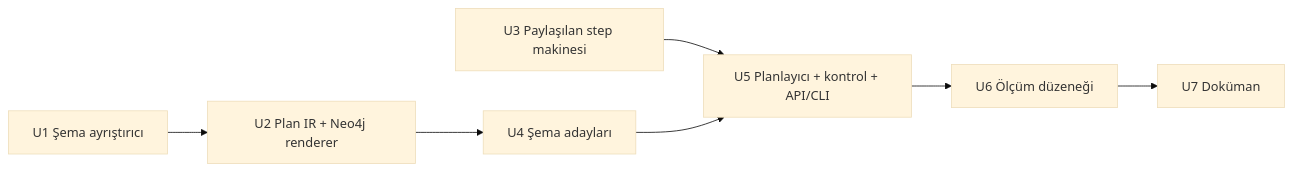
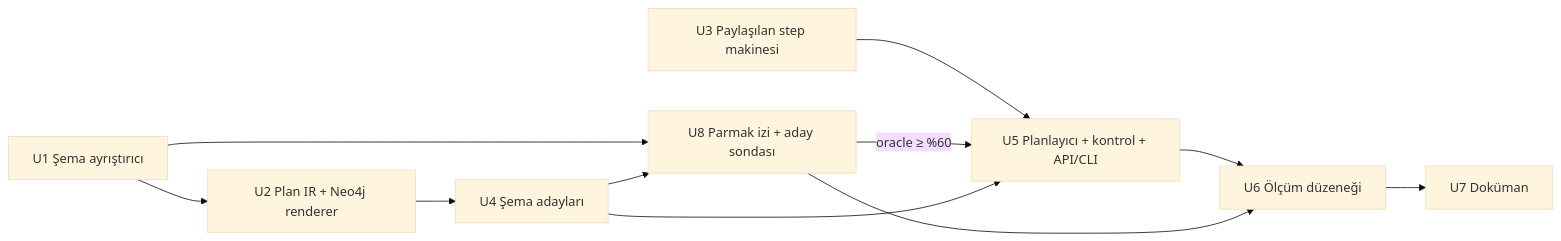
Before and after one commit to ismail-codar/laya-jev-GraphRAG: the second of 2 diagrams in docs/plans/2026-09-26-001-feat-schema-text2cypher-planner-plan.md, drawn with Mermaid (base theme). The commit also changed other lines of this file, not shown here.

````diff
--- a/docs/plans/2026-09-26-001-feat-schema-text2cypher-planner-plan.md
+++ b/docs/plans/2026-09-26-001-feat-schema-text2cypher-planner-plan.md
@@ -152,9 +156,13 @@
 ```mermaid
 flowchart LR
   U1[U1 Şema ayrıştırıcı] --> U2[U2 Plan IR + Neo4j renderer]
   U3[U3 Paylaşılan step makinesi] --> U5
   U2 --> U4[U4 Şema adayları]
-  U4 --> U5[U5 Planlayıcı + kontrol + API/CLI]
+  U1 --> U8[U8 Parmak izi + aday sondası]
+  U4 --> U8
+  U8 -->|oracle ≥ %60| U5[U5 Planlayıcı + kontrol + API/CLI]
+  U4 --> U5
   U5 --> U6[U6 Ölçüm düzeneği]
+  U8 --> U6
   U6 --> U7[U7 Doküman]
 ```
````
